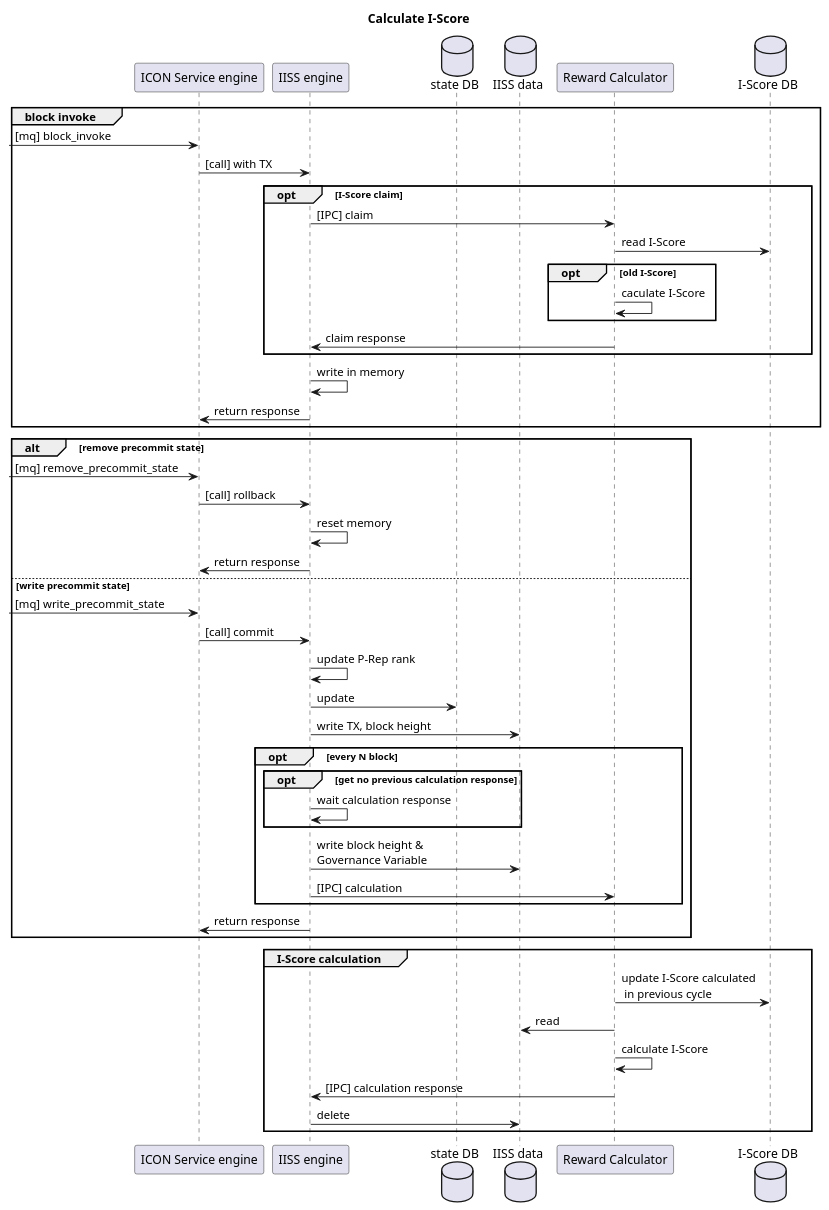
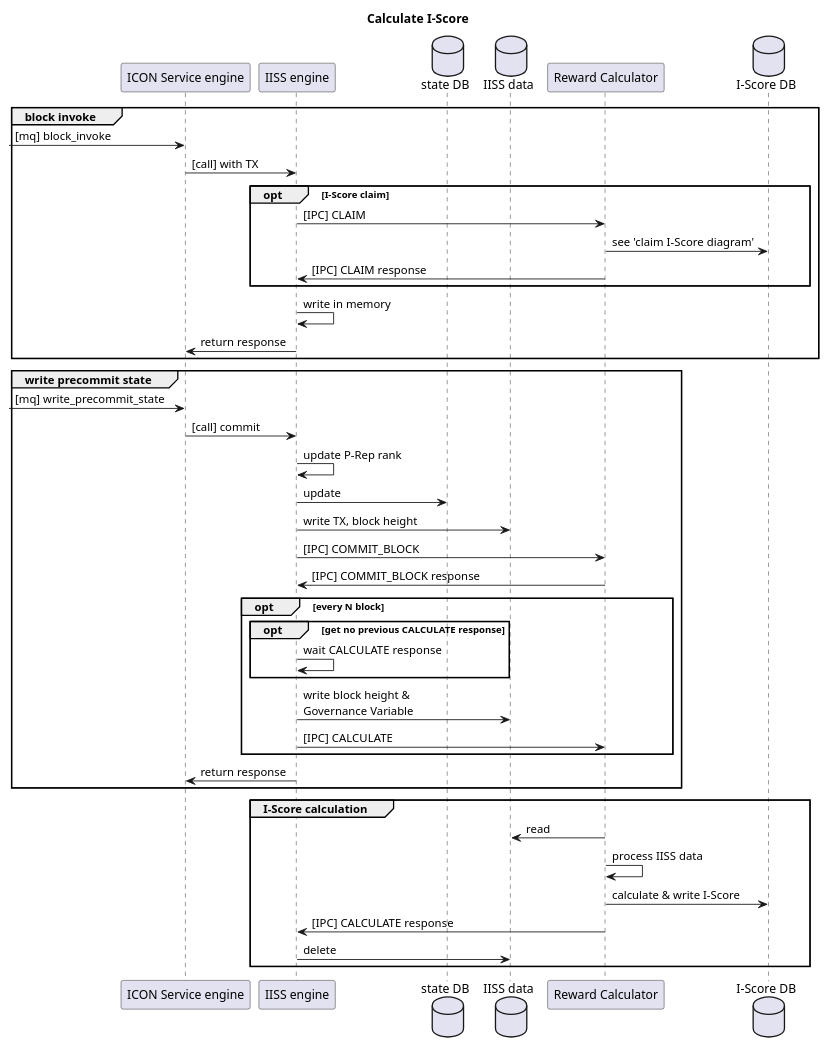
One commit to ajguerra101/icon-service changed the diagram in docs/plantuml/iiss/iiss_calculation.wsd. Above: the diagram before and after it, drawn with PlantUML. The commit also changed 1 other file, not shown here.

Commit message:
Add 'claim pre_commit' data structure in Reward Calculator

```diff
--- a/docs/plantuml/iiss/iiss_calculation.wsd
+++ b/docs/plantuml/iiss/iiss_calculation.wsd
@@ -1,64 +1,56 @@
 @startuml
 title Calculate I-Score
 
 participant "ICON Service engine" as IS
 participant "IISS engine" as IISS
 database "state DB" as SDB
 database "IISS data" as ID
 participant "Reward Calculator" as RC
 database "I-Score DB" as ISDB
 
 group block invoke
 -> IS: [mq] block_invoke
 IS -> IISS: [call] with TX
 opt I-Score claim
-IISS -> RC: [IPC] claim
-RC -> ISDB: read I-Score
-opt old I-Score
-RC -> RC: caculate I-Score
-end
-RC -> IISS: claim response
+IISS -> RC: [IPC] CLAIM
+RC -> ISDB: see 'claim I-Score diagram'
+RC -> IISS: [IPC] CLAIM response
 end
 IISS -> IISS: write in memory
 IISS -> IS: return response
 end
 
-alt remove precommit state
-
--> IS: [mq] remove_precommit_state
-IS -> IISS: [call] rollback
-IISS -> IISS: reset memory
-IISS -> IS: return response
-
-else write precommit state
+group write precommit state
 
 -> IS: [mq] write_precommit_state
 IS -> IISS: [call] commit
 IISS -> IISS: update P-Rep rank
 IISS -> SDB: update
 IISS -> ID: write TX, block height
+IISS -> RC: [IPC] COMMIT_BLOCK
+RC -> IISS : [IPC] COMMIT_BLOCK response
 
 opt every N block
-opt get no previous calculation response
-IISS -> IISS: wait calculation response
+opt get no previous CALCULATE response
+IISS -> IISS: wait CALCULATE response
 end
 
 IISS -> ID: write block height &\nGovernance Variable
-IISS -> RC: [IPC] calculation
+IISS -> RC: [IPC] CALCULATE
 end alt every N block
 
 IISS -> IS: return response
 
 end group write precommit
 
 group I-Score calculation
 
-RC -> ISDB: update I-Score calculated\n in previous cycle
 RC -> ID: read
-RC -> RC: calculate I-Score
-RC -> IISS: [IPC] calculation response
+RC -> RC: process IISS data
+RC -> ISDB: calculate & write I-Score
+RC -> IISS: [IPC] CALCULATE response
 IISS -> ID: delete
 
 end group
 
 @enduml
```
